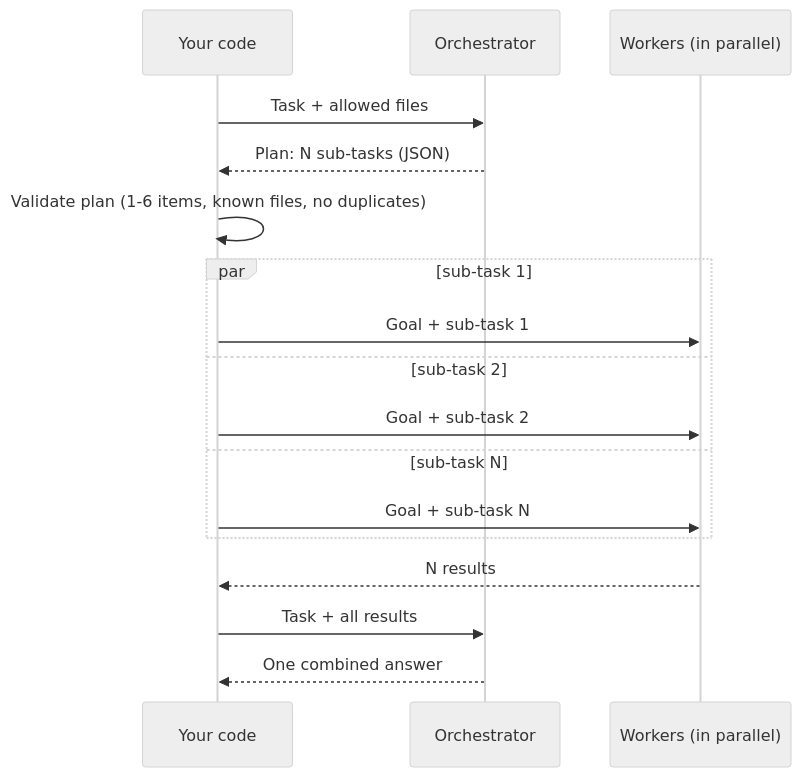
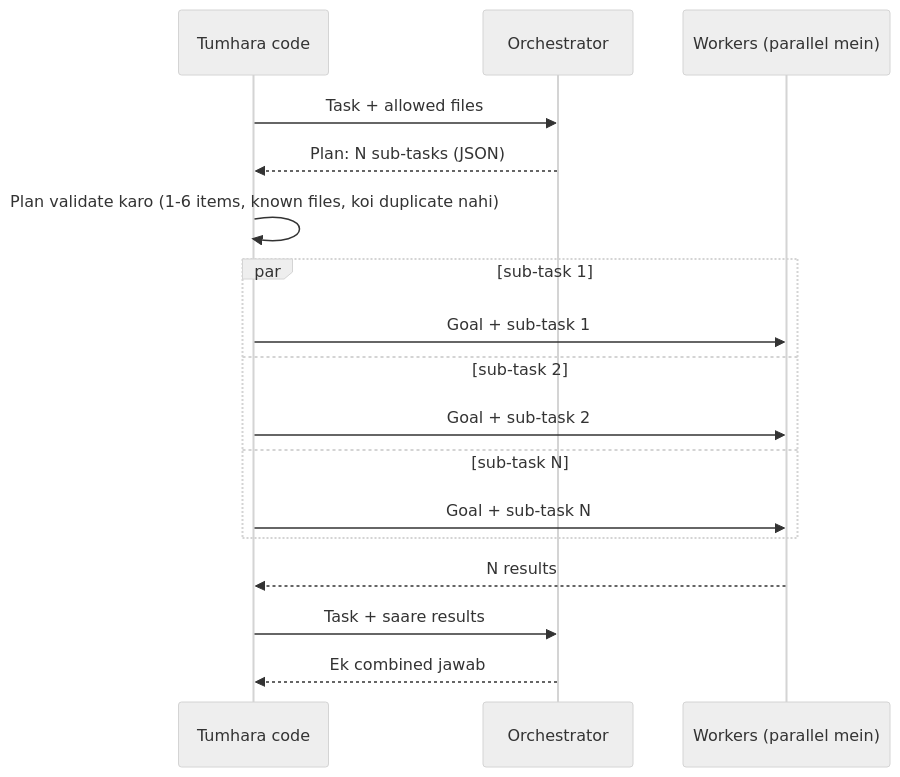
The diagram in docs/09-agent-design-patterns/09.4-orchestrator-workers.md (asmustechno/agentic-ai-notes), drawn with Mermaid (neutral theme) before and after one commit. The commit also changed other lines of this file and 135 other files, not shown here.

````diff
--- a/docs/09-agent-design-patterns/09.4-orchestrator-workers.md
+++ b/docs/09-agent-design-patterns/09.4-orchestrator-workers.md
@@ -44,19 +46,19 @@
 ```mermaid
 sequenceDiagram
-    participant C as Your code
+    participant C as Tumhara code
     participant O as Orchestrator
-    participant W as Workers (in parallel)
+    participant W as Workers (parallel mein)
     C->>O: Task + allowed files
     O-->>C: Plan: N sub-tasks (JSON)
-    C->>C: Validate plan (1-6 items, known files, no duplicates)
+    C->>C: Plan validate karo (1-6 items, known files, koi duplicate nahi)
     par sub-task 1
         C->>W: Goal + sub-task 1
     and sub-task 2
         C->>W: Goal + sub-task 2
     and sub-task N
         C->>W: Goal + sub-task N
     end
     W-->>C: N results
-    C->>O: Task + all results
-    O-->>C: One combined answer
+    C->>O: Task + saare results
+    O-->>C: Ek combined jawab
 ```
````
